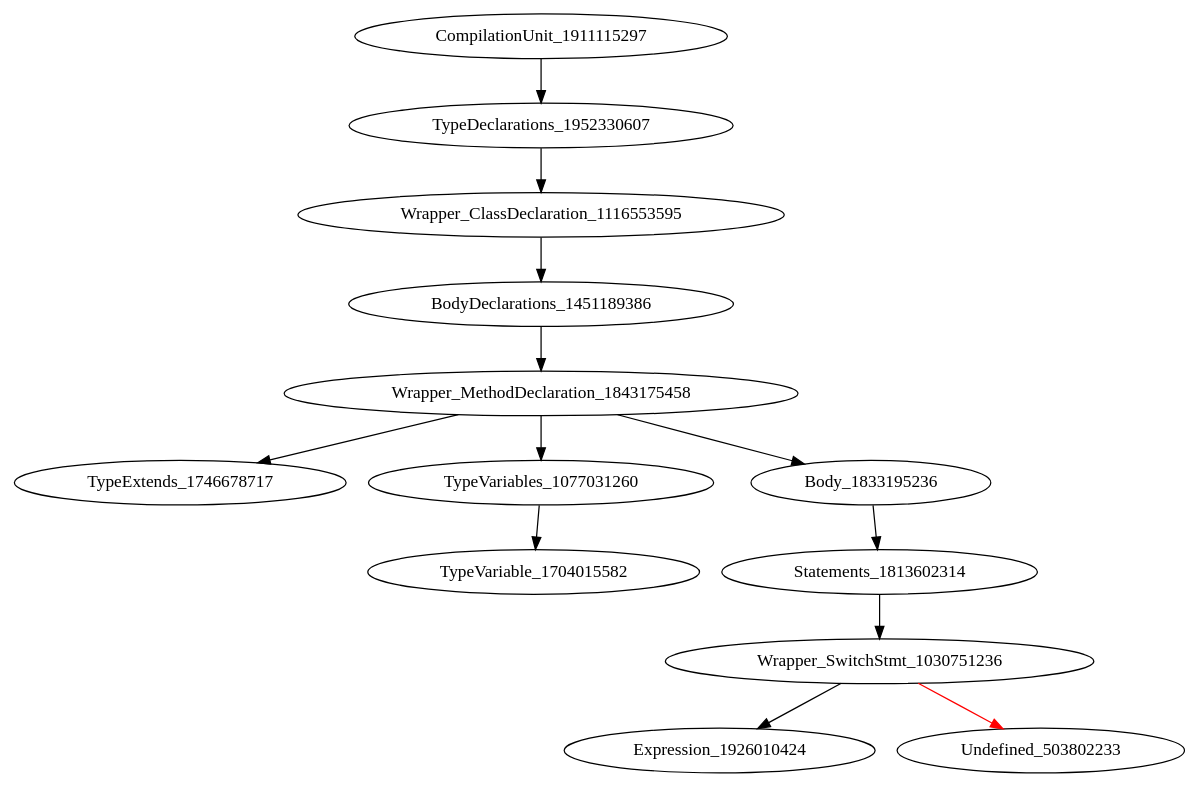
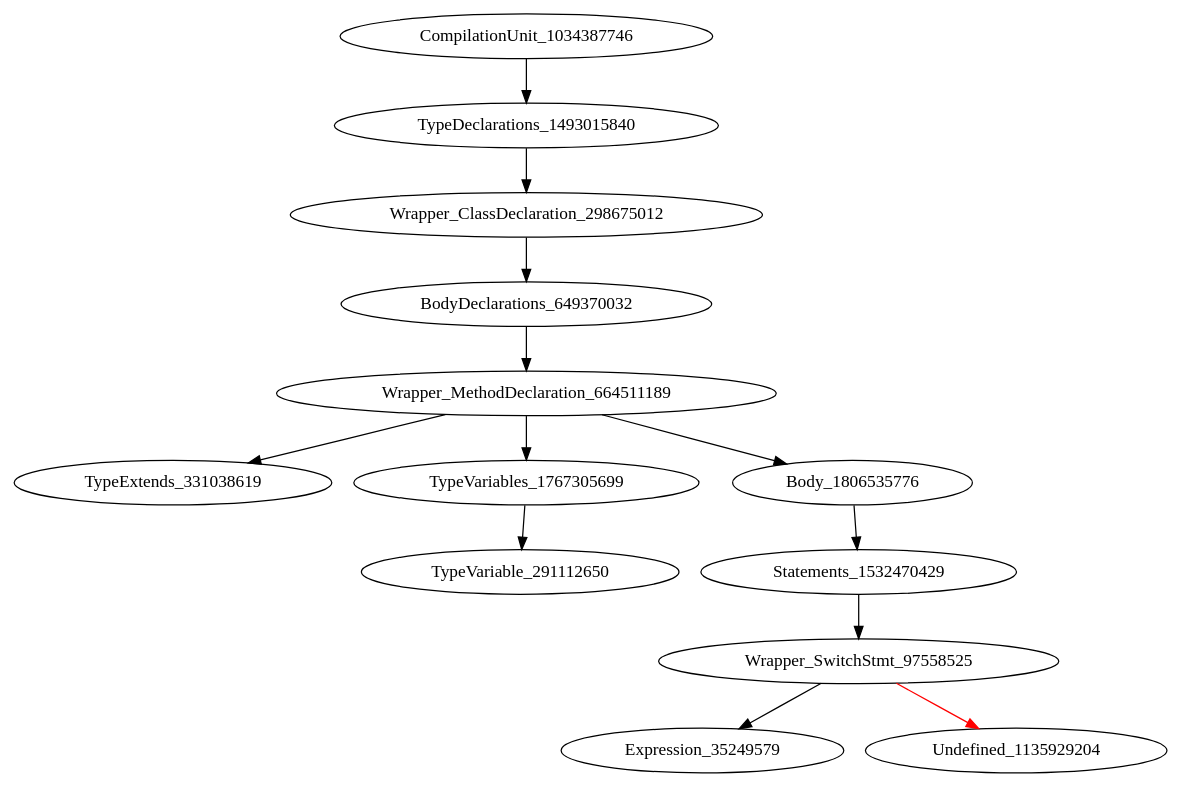
Before and after one commit to icse2023material/VoiceJava: the diagram in holeAST.dot, drawn with Graphviz. The commit also changed 10 other files, not shown here.

```diff
--- a/holeAST.dot
+++ b/holeAST.dot
@@ -1,14 +1,14 @@
 digraph {
-CompilationUnit_1911115297 -> TypeDeclarations_1952330607
-TypeDeclarations_1952330607 -> Wrapper_ClassDeclaration_1116553595
-Wrapper_ClassDeclaration_1116553595 -> BodyDeclarations_1451189386
-BodyDeclarations_1451189386 -> Wrapper_MethodDeclaration_1843175458
-Wrapper_MethodDeclaration_1843175458 -> TypeExtends_1746678717
-Wrapper_MethodDeclaration_1843175458 -> TypeVariables_1077031260
-Wrapper_MethodDeclaration_1843175458 -> Body_1833195236
-TypeVariables_1077031260 -> TypeVariable_1704015582
-Body_1833195236 -> Statements_1813602314
-Statements_1813602314 -> Wrapper_SwitchStmt_1030751236
-Wrapper_SwitchStmt_1030751236 -> Expression_1926010424
-Wrapper_SwitchStmt_1030751236 -> Undefined_503802233 [color = red] 
+CompilationUnit_1034387746 -> TypeDeclarations_1493015840
+TypeDeclarations_1493015840 -> Wrapper_ClassDeclaration_298675012
+Wrapper_ClassDeclaration_298675012 -> BodyDeclarations_649370032
+BodyDeclarations_649370032 -> Wrapper_MethodDeclaration_664511189
+Wrapper_MethodDeclaration_664511189 -> TypeExtends_331038619
+Wrapper_MethodDeclaration_664511189 -> TypeVariables_1767305699
+Wrapper_MethodDeclaration_664511189 -> Body_1806535776
+TypeVariables_1767305699 -> TypeVariable_291112650
+Body_1806535776 -> Statements_1532470429
+Statements_1532470429 -> Wrapper_SwitchStmt_97558525
+Wrapper_SwitchStmt_97558525 -> Expression_35249579
+Wrapper_SwitchStmt_97558525 -> Undefined_1135929204 [color = red] 
 }
```
